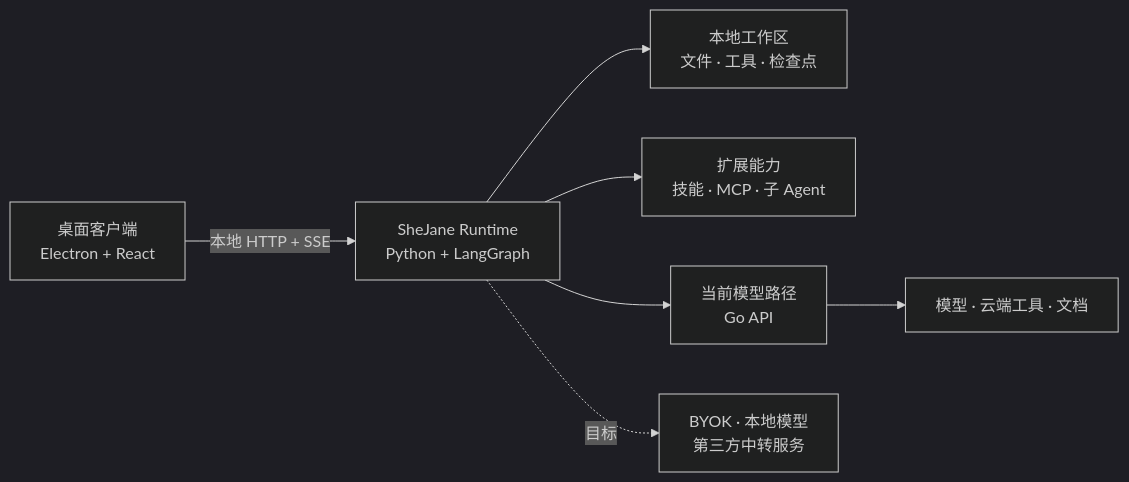
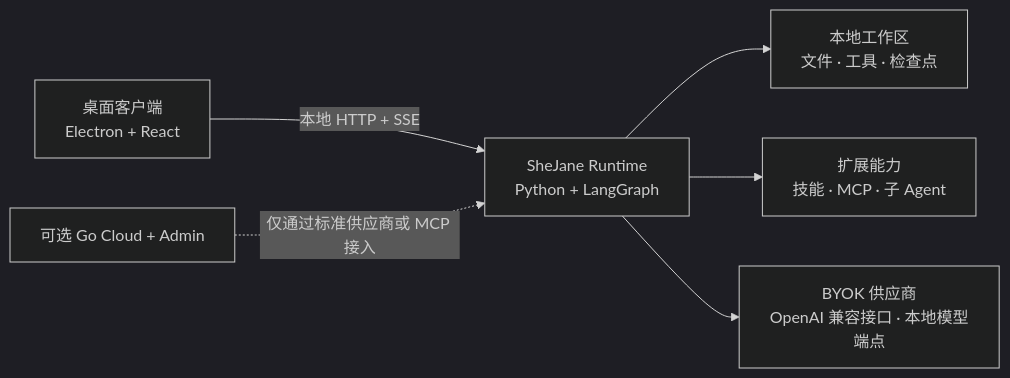
Before and after one commit to jimmyrogue/SheJane: the diagram in README.zh-CN.md, drawn with Mermaid (dark theme). The commit also changed other lines of this file and 14 other files, not shown here.

Commit message:
docs(architecture): describe standalone harness modules

````diff
--- a/README.zh-CN.md
+++ b/README.zh-CN.md
@@ -29,9 +29,8 @@
 ```mermaid
 flowchart LR
     D["桌面客户端<br/>Electron + React"] -->|"本地 HTTP + SSE"| R["SheJane Runtime<br/>Python + LangGraph"]
     R --> W["本地工作区<br/>文件 · 工具 · 检查点"]
     R --> E["扩展能力<br/>技能 · MCP · 子 Agent"]
-    R --> G["当前模型路径<br/>Go API"]
-    G --> M["模型 · 云端工具 · 文档"]
-    R -. "目标" .-> B["BYOK · 本地模型<br/>第三方中转服务"]
+    R --> B["BYOK 供应商<br/>OpenAI 兼容接口 · 本地模型端点"]
+    C["可选 Go Cloud + Admin"] -. "仅通过标准供应商或 MCP 接入" .-> R
 ```
````
